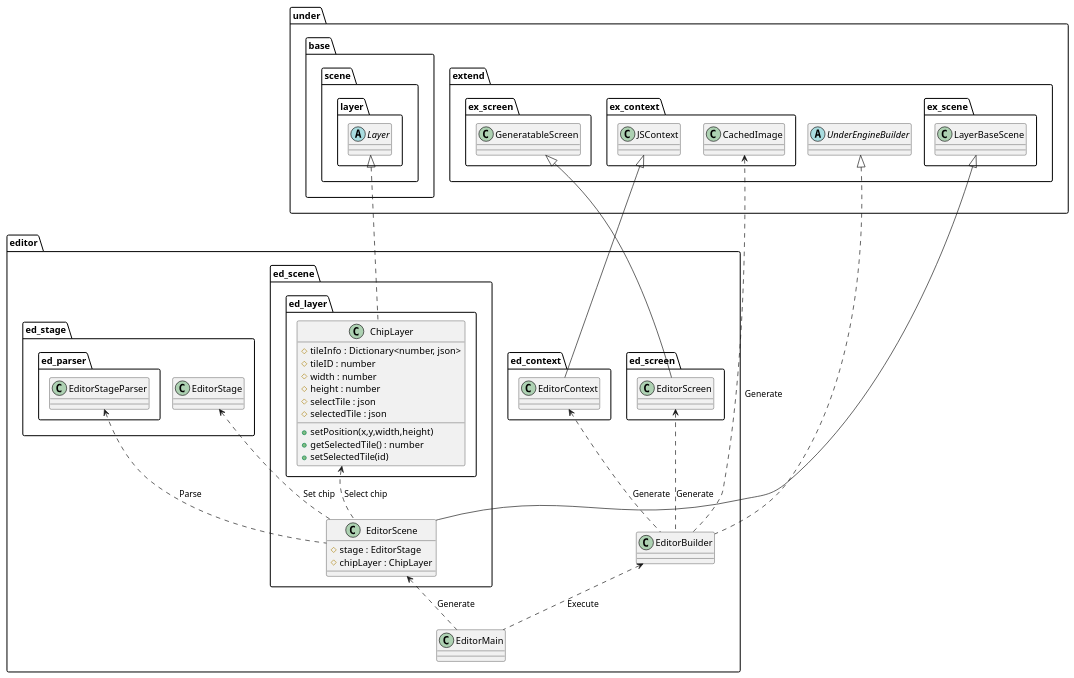
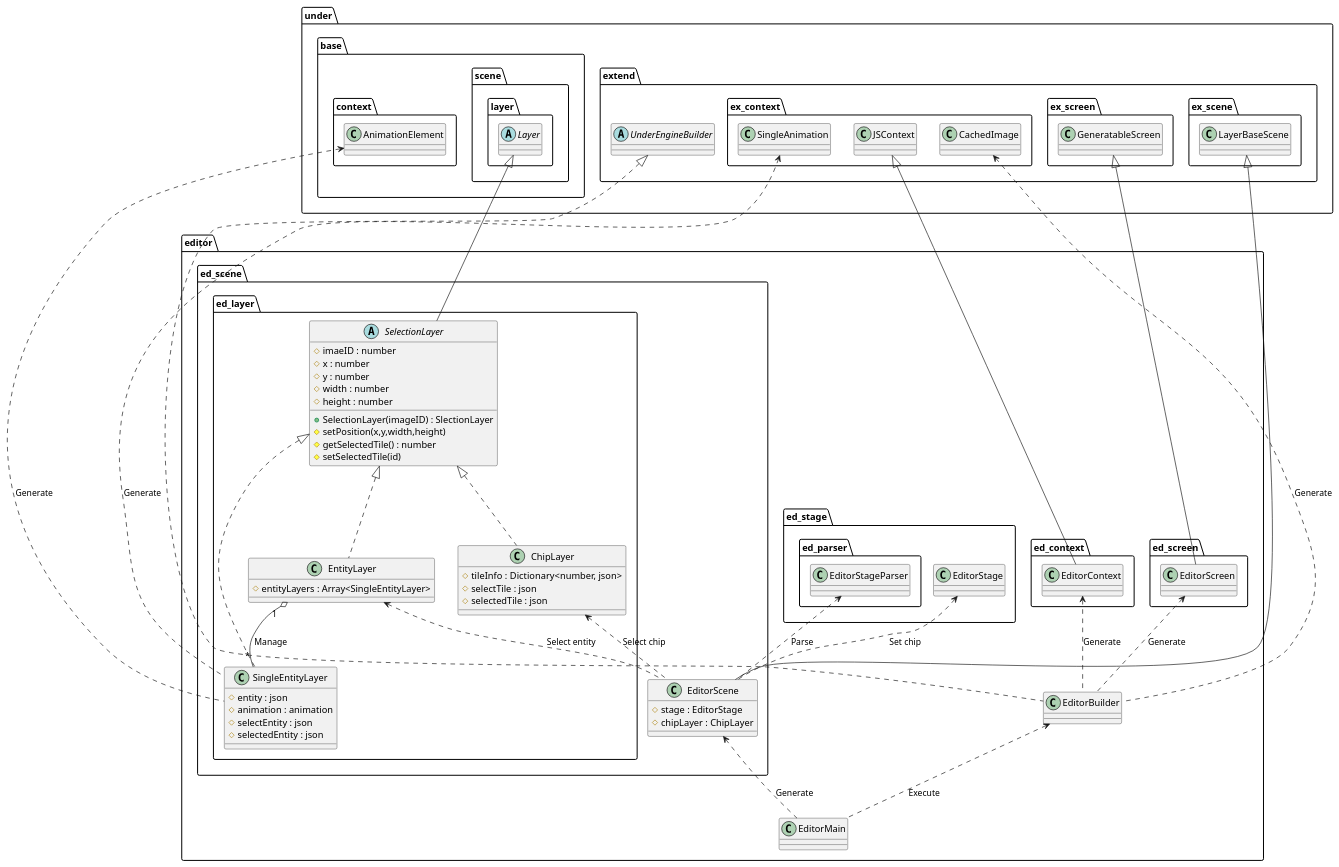
The diagram in uml/editor/GameBase.wsd (Expine/Under), drawn with PlantUML before and after one commit. The commit also changed 14 other files, not shown here.

```diff
--- a/uml/editor/GameBase.wsd
+++ b/uml/editor/GameBase.wsd
@@ -1,84 +1,111 @@
 @startuml EditorGameBase
 
 package editor {
     class EditorMain
     class EditorBuilder
 
     package ed_context {
         class EditorContext
     }
     package ed_scene {
         class EditorScene {
             #stage : EditorStage
             #chipLayer : ChipLayer
         }
         package ed_layer {
+            abstract SelectionLayer {
+                +SelectionLayer(imageID) : SlectionLayer
+                #imaeID : number
+                #x : number
+                #y : number
+                #width : number
+                #height : number
+                #setPosition(x,y,width,height)
+                #getSelectedTile() : number
+                #setSelectedTile(id)
+            }
             class ChipLayer {
                 #tileInfo : Dictionary<number, json>
-                #tileID : number
-                #width : number
-                #height : number
                 #selectTile : json
                 #selectedTile : json
-                +setPosition(x,y,width,height)
-                +getSelectedTile() : number
-                +setSelectedTile(id)
+            }
+            class EntityLayer {
+                #entityLayers : Array<SingleEntityLayer>
+            }
+            class SingleEntityLayer {
+                #entity : json
+                #animation : animation
+                #selectEntity : json
+                #selectedEntity : json
             }
         }
     }
 
     package ed_screen {
         class EditorScreen
     }
 }
 
 package under {
     package base {
+        package context {
+            class AnimationElement
+        }
         package scene {
             package layer {
                 abstract Layer
             }
         }
     }
     package extend {
         abstract UnderEngineBuilder
         package ex_context {
+            class SingleAnimation
             class JSContext
             class CachedImage
         }
         package ex_scene {
             class LayerBaseScene
         }
         package ex_screen {
             class GeneratableScreen
         }
     }
 }
 
 package editor {
     package ed_stage {
         class EditorStage
         package ed_parser {
             class EditorStageParser
         }
     }
 }
 
 EditorBuilder <.. EditorMain : "Execute"
 EditorScene <.. EditorMain : "Generate"
 EditorScreen <.. EditorBuilder : "Generate"
 EditorContext <.. EditorBuilder : "Generate"
 CachedImage <.. EditorBuilder : "Generate"
 
 EditorStageParser <.. EditorScene : "Parse"
 ChipLayer <.. EditorScene : "Select chip"
+EntityLayer <.. EditorScene : "Select entity"
 EditorStage <.. EditorScene : "Set chip"
+
+EntityLayer "1" o-- "*" SingleEntityLayer : "Manage"
+
+SingleAnimation <... SingleEntityLayer : "Generate"
+AnimationElement <... SingleEntityLayer : "Generate"
 
 UnderEngineBuilder <|.. EditorBuilder
 GeneratableScreen <|-- EditorScreen
 JSContext <|-- EditorContext
 
 LayerBaseScene <|-- EditorScene
-Layer <|.. ChipLayer
+Layer <|-- SelectionLayer
+SelectionLayer <|.. ChipLayer
+SelectionLayer <|.. EntityLayer
+SelectionLayer <|.. SingleEntityLayer
 
 @enduml
```
